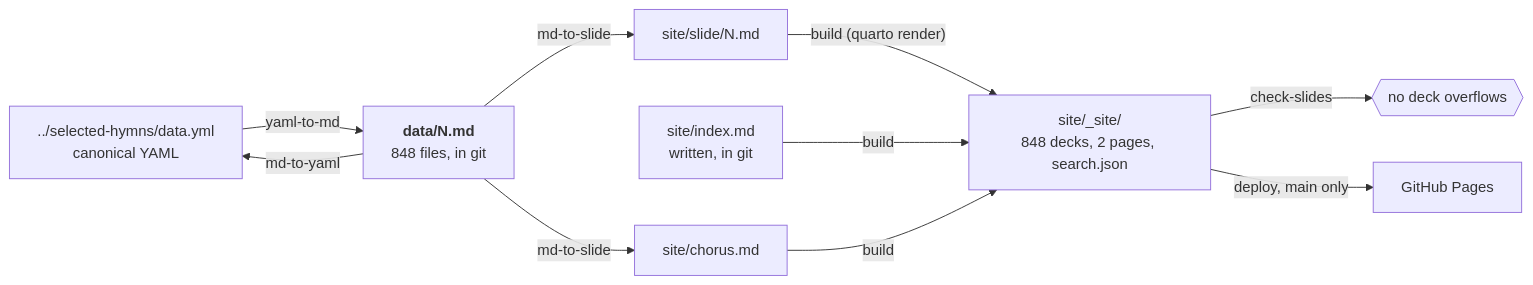
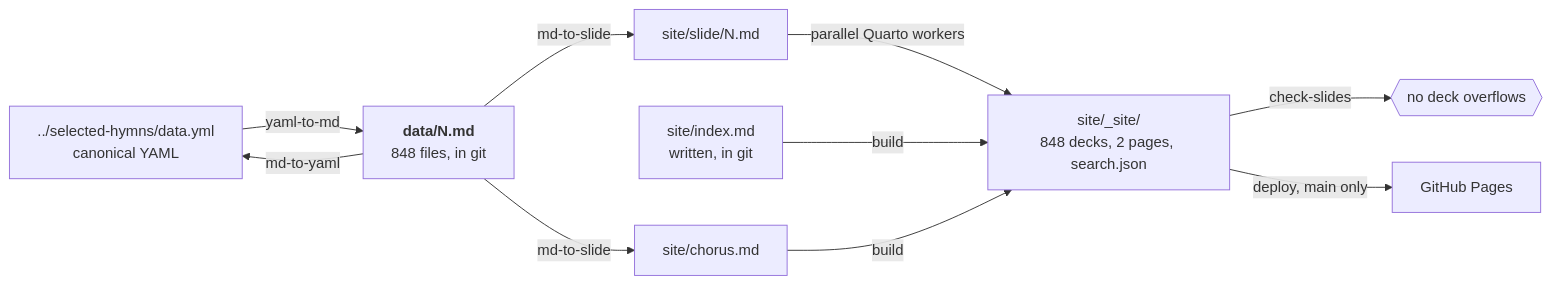
Before and after one commit to ickc/selected-hymns-ng: the first of 2 diagrams in DEVELOPER.md, drawn with Mermaid. The commit also changed other lines of this file and 4 other files, not shown here.

Commit message:
Render hymn decks in parallel

````diff
--- a/DEVELOPER.md
+++ b/DEVELOPER.md
@@ -12,20 +12,20 @@
 ```mermaid
 flowchart LR
   yaml["../selected-hymns/data.yml<br/>canonical YAML"]
   md["<b>data/N.md</b><br/>848 files, in git"]
   slide["site/slide/N.md"]
   index["site/index.md<br/>written, in git"]
   chorus["site/chorus.md"]
   built["site/_site/<br/>848 decks, 2 pages, search.json"]
   pages["GitHub Pages"]
 
   yaml -- "yaml-to-md" --> md
   md -- "md-to-yaml" --> yaml
   md -- "md-to-slide" --> slide
   md -- "md-to-slide" --> chorus
-  slide -- "build (quarto render)" --> built
+  slide -- "parallel Quarto workers" --> built
   index -- "build" --> built
   chorus -- "build" --> built
   built -- "check-slides" --> checked{{"no deck overflows"}}
   built -- "deploy, main only" --> pages
 ```
````
